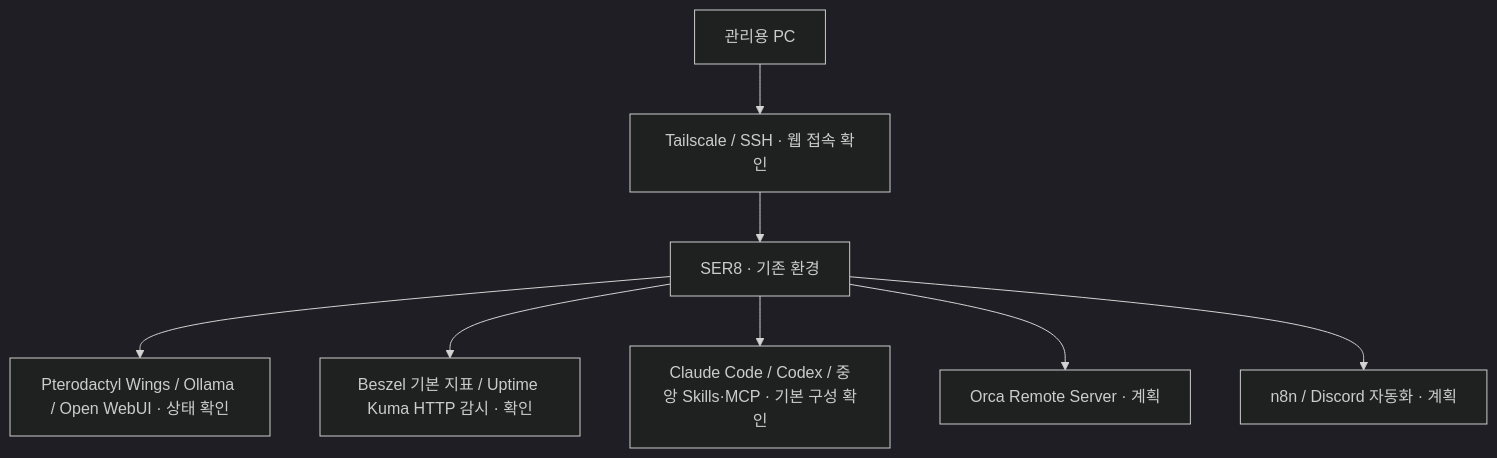
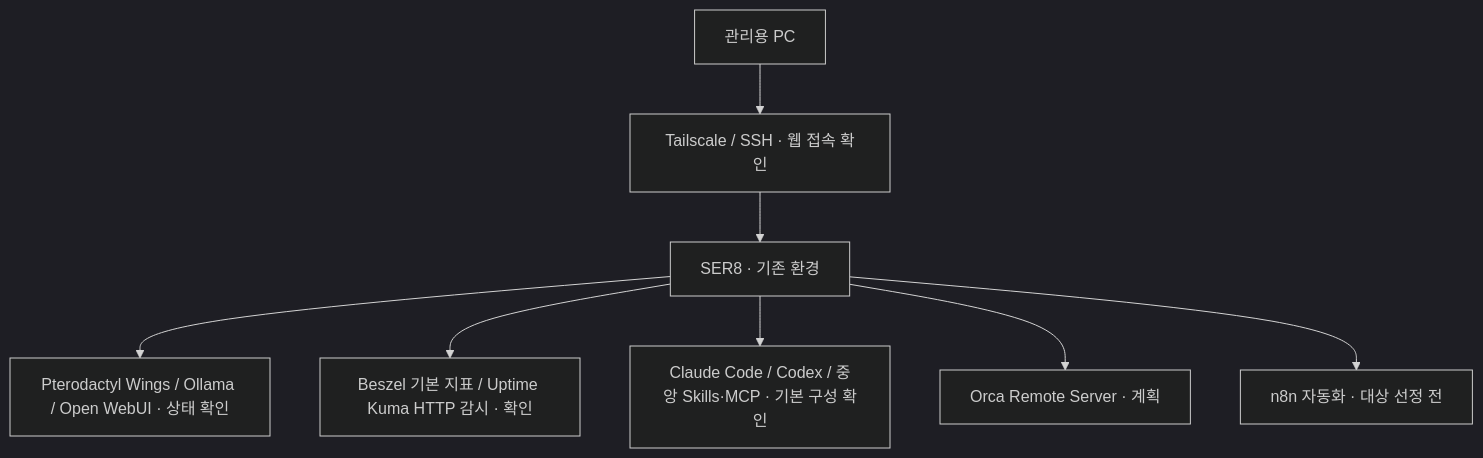
One commit to kosmos-s/ser8-home-server-ai changed the diagram in README.md. Above: the diagram before and after it, drawn with Mermaid (dark theme). The commit also changed other lines of this file and 2 other files, not shown here.

````diff
--- a/README.md
+++ b/README.md
@@ -49,10 +49,10 @@
 ```mermaid
 flowchart TD
     A[관리용 PC] --> B[Tailscale / SSH · 웹 접속 확인]
     B --> C[SER8 · 기존 환경]
     C --> D[Pterodactyl Wings / Ollama / Open WebUI · 상태 확인]
     C --> E[Beszel 기본 지표 / Uptime Kuma HTTP 감시 · 확인]
     C --> F[Claude Code / Codex / 중앙 Skills·MCP · 기본 구성 확인]
     C --> G[Orca Remote Server · 계획]
-    C --> H[n8n / Discord 자동화 · 계획]
+    C --> H[n8n 자동화 · 대상 선정 전]
 ```
````
